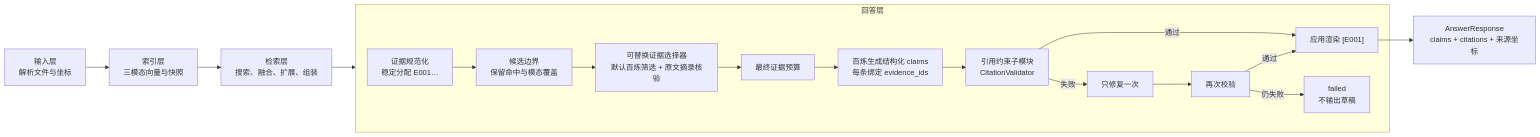
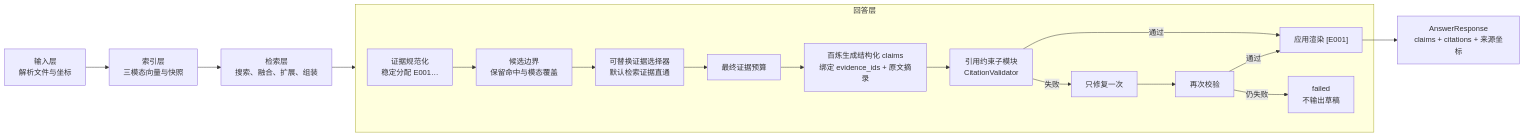
One commit to xyf966/RAG-PIXEL changed the first of 2 diagrams in 引用层测试结果/引用层方法与测试总览_20260831.md. Above: the diagram before and after it, drawn with Mermaid. The commit also changed other lines of this file and 18 other files, not shown here.

````diff
--- a/引用层测试结果/引用层方法与测试总览_20260831.md
+++ b/引用层测试结果/引用层方法与测试总览_20260831.md
@@ -26,21 +26,21 @@
 ```mermaid
 flowchart LR
     INPUT["输入层<br/>解析文件与坐标"] --> INDEX["索引层<br/>三模态向量与快照"]
     INDEX --> RETRIEVAL["检索层<br/>搜索、融合、扩展、组装"]
     RETRIEVAL --> ANSWER["回答层"]
 
     subgraph ANSWER["回答层"]
         NORMALIZE["证据规范化<br/>稳定分配 E001…"] --> CANDIDATES["候选边界<br/>保留命中与模态覆盖"]
-        CANDIDATES --> SELECT["可替换证据选择器<br/>默认百炼筛选 + 原文摘录核验"]
+        CANDIDATES --> SELECT["可替换证据选择器<br/>默认检索证据直通"]
         SELECT --> BUDGET["最终证据预算"]
-        BUDGET --> GENERATE["百炼生成结构化 claims<br/>每条绑定 evidence_ids"]
+        BUDGET --> GENERATE["百炼生成结构化 claims<br/>绑定 evidence_ids + 原文摘录"]
         GENERATE --> CITATION["引用约束子模块<br/>CitationValidator"]
         CITATION -->|通过| RENDER["应用渲染 [E001]"]
         CITATION -->|失败| REPAIR["只修复一次"]
         REPAIR --> CITATION2["再次校验"]
         CITATION2 -->|通过| RENDER
         CITATION2 -->|仍失败| FAIL["failed<br/>不输出草稿"]
     end
 
     RENDER --> RESPONSE["AnswerResponse<br/>claims + citations + 来源坐标"]
 ```
````
